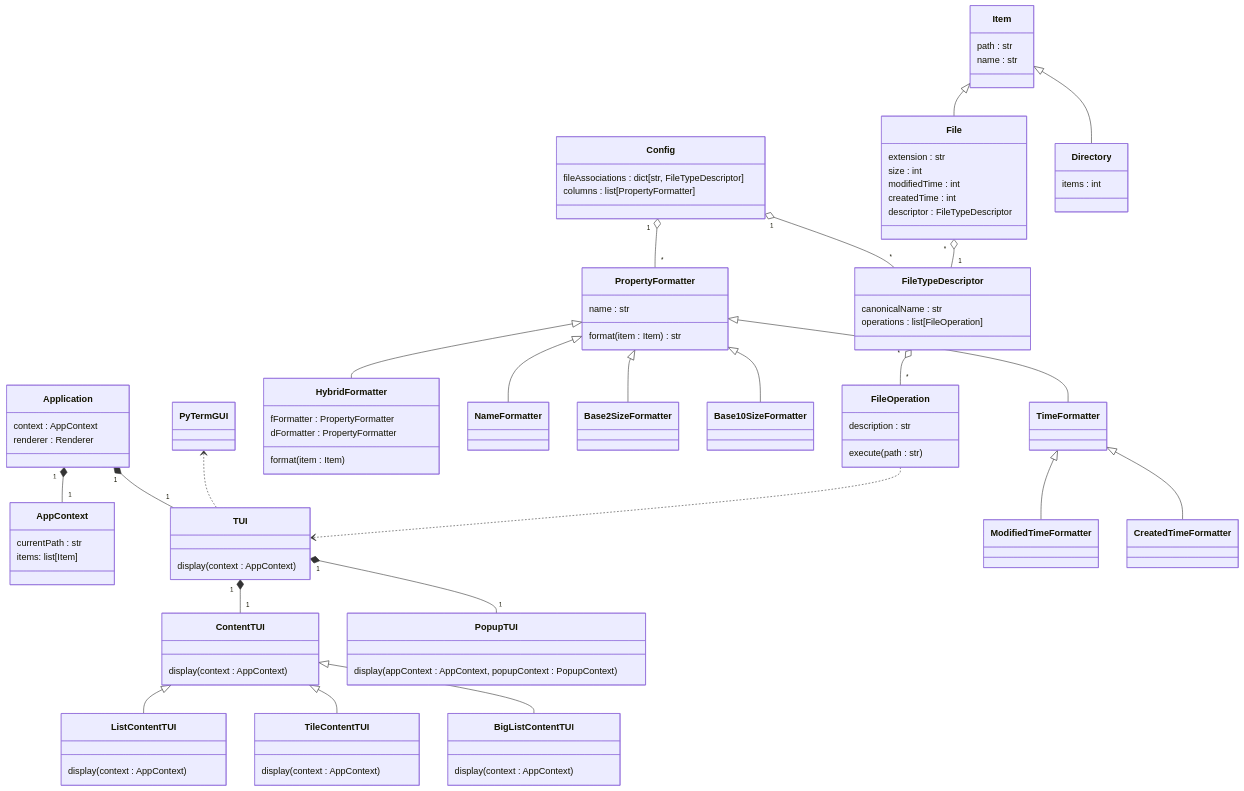
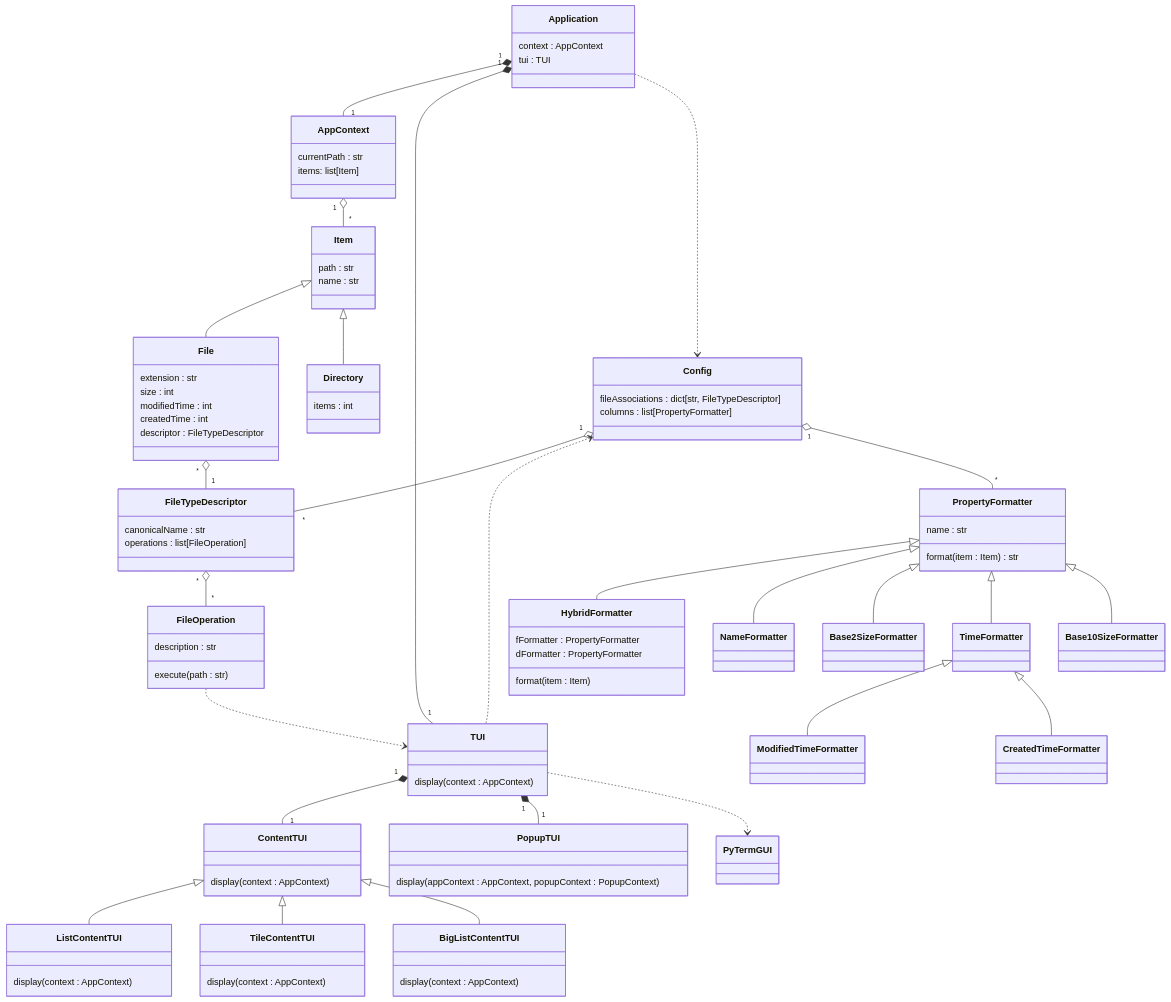
The diagram in ClassDiagram.md (pb2002/rattle), drawn with Mermaid before and after one commit.

Commit message:
more changes to class diagram

```diff
--- a/ClassDiagram.md
+++ b/ClassDiagram.md
@@ -7,22 +7,15 @@
 	}
 	class Application {
 		context : AppContext
-		renderer : Renderer
-		
+		tui : TUI
 	}
-	
 	class AppContext {
 		currentPath : str
 		items: list[Item]
 	}
-	Application "1" *-- "1" AppContext
-	Application "1" *-- "1" TUI
-	
 	class TUI {
 		display(context : AppContext)
 	}
-	TUI "1" *-- "1" ContentTUI
-	TUI "1" *-- "1" PopupTUI
 	class PopupTUI {
 		display(appContext : AppContext, popupContext : PopupContext)
 	}
@@ -40,13 +33,6 @@
 	class BigListContentTUI {
 		display(context : AppContext)
 	}
-	
-	ContentTUI <|-- ListContentTUI
-	ContentTUI <|-- TileContentTUI
-	ContentTUI <|-- BigListContentTUI
-	PyTermGUI <.. TUI
-
-
 	class Item {
 		path : str
 		name : str
@@ -62,32 +48,15 @@
 	class Directory {
 		items : int
 	}
-	Item <|-- File
-	Item <|-- Directory
-
 	class PropertyFormatter {
 		name : str
 		format(item : Item) str
 	}
-	
 	class HybridFormatter {
 		fFormatter : PropertyFormatter
 		dFormatter : PropertyFormatter
 		format(item : Item) 
 	}
-	
-	Config "1" o-- "*" PropertyFormatter
-	PropertyFormatter <|-- NameFormatter
-	PropertyFormatter <|-- Base2SizeFormatter
-	PropertyFormatter <|-- Base10SizeFormatter
-	PropertyFormatter <|-- TimeFormatter
-	PropertyFormatter <|-- HybridFormatter
-
-	
-	TimeFormatter <|-- ModifiedTimeFormatter
-	TimeFormatter <|-- CreatedTimeFormatter
-
-
 	class FileTypeDescriptor {
 		canonicalName : str
 		operations : list[FileOperation]
@@ -97,9 +66,35 @@
 		description : str
 		execute(path : str)
 	}
+	Application "1" *-- "1" AppContext
+	Application "1" *-- "1" TUI
+	Application ..> Config
+
+	AppContext "1" o-- "*" Item
+	Item <|-- File
+	Item <|-- Directory
+
+	Config "1" o-- "*" FileTypeDescriptor
+	Config <.. TUI
+	Config "1" o-- "*" PropertyFormatter
+
+	PropertyFormatter <|-- HybridFormatter
+	PropertyFormatter <|-- NameFormatter
+	PropertyFormatter <|-- Base2SizeFormatter
+	PropertyFormatter <|-- TimeFormatter	
+	TimeFormatter <|-- ModifiedTimeFormatter
+	TimeFormatter <|-- CreatedTimeFormatter
+	PropertyFormatter <|-- Base10SizeFormatter	
+
+	TUI "1" *-- "1" ContentTUI
+	TUI "1" *-- "1" PopupTUI
+	ContentTUI <|-- ListContentTUI
+	ContentTUI <|-- TileContentTUI
+	ContentTUI <|-- BigListContentTUI
+
+	TUI ..> PyTermGUI
 	
 	FileTypeDescriptor "*" o-- "*" FileOperation
-	Config "1" o-- "*" FileTypeDescriptor
 	File "*" o-- "1" FileTypeDescriptor
 	
 	FileOperation ..> TUI
```
